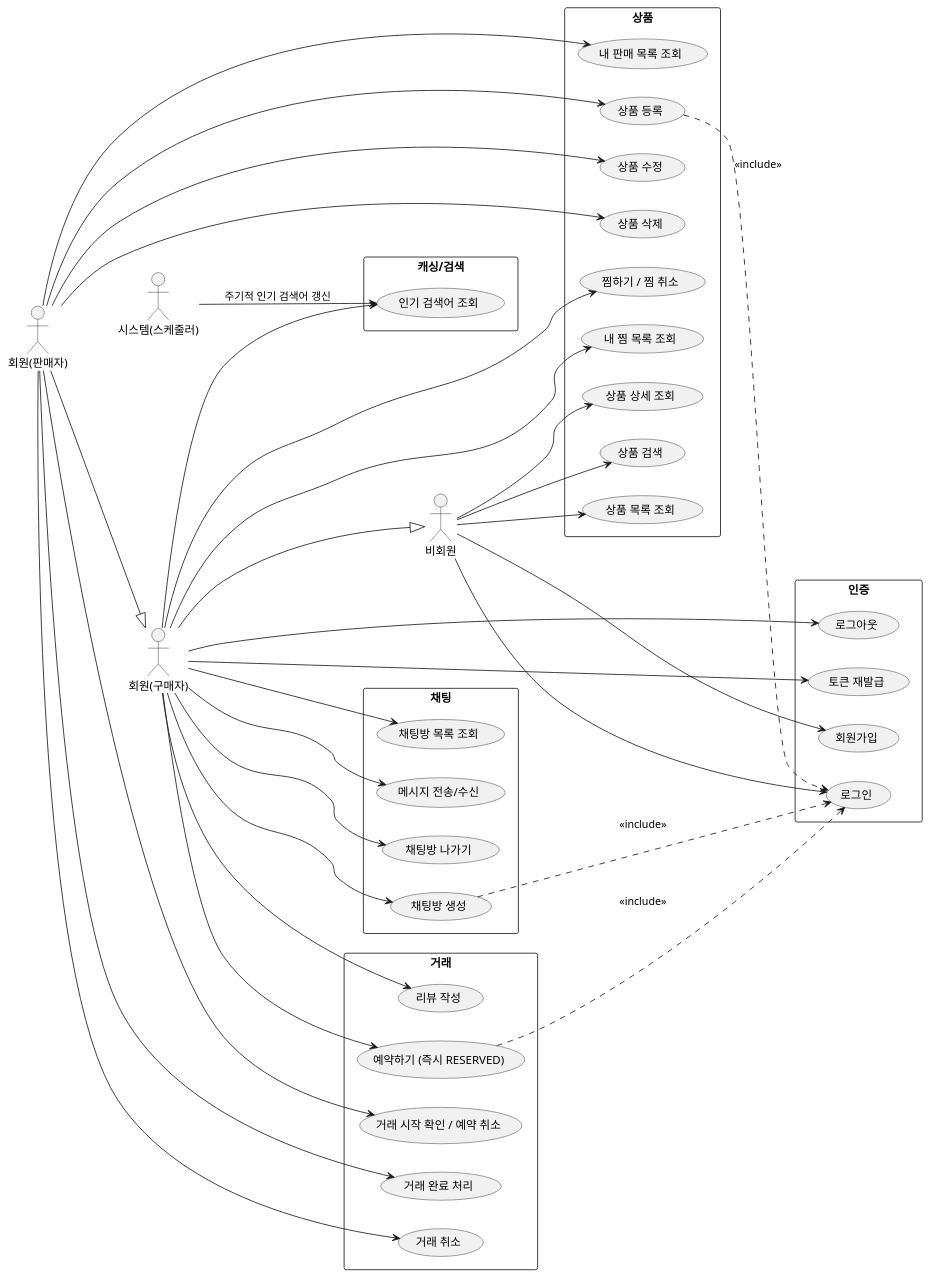
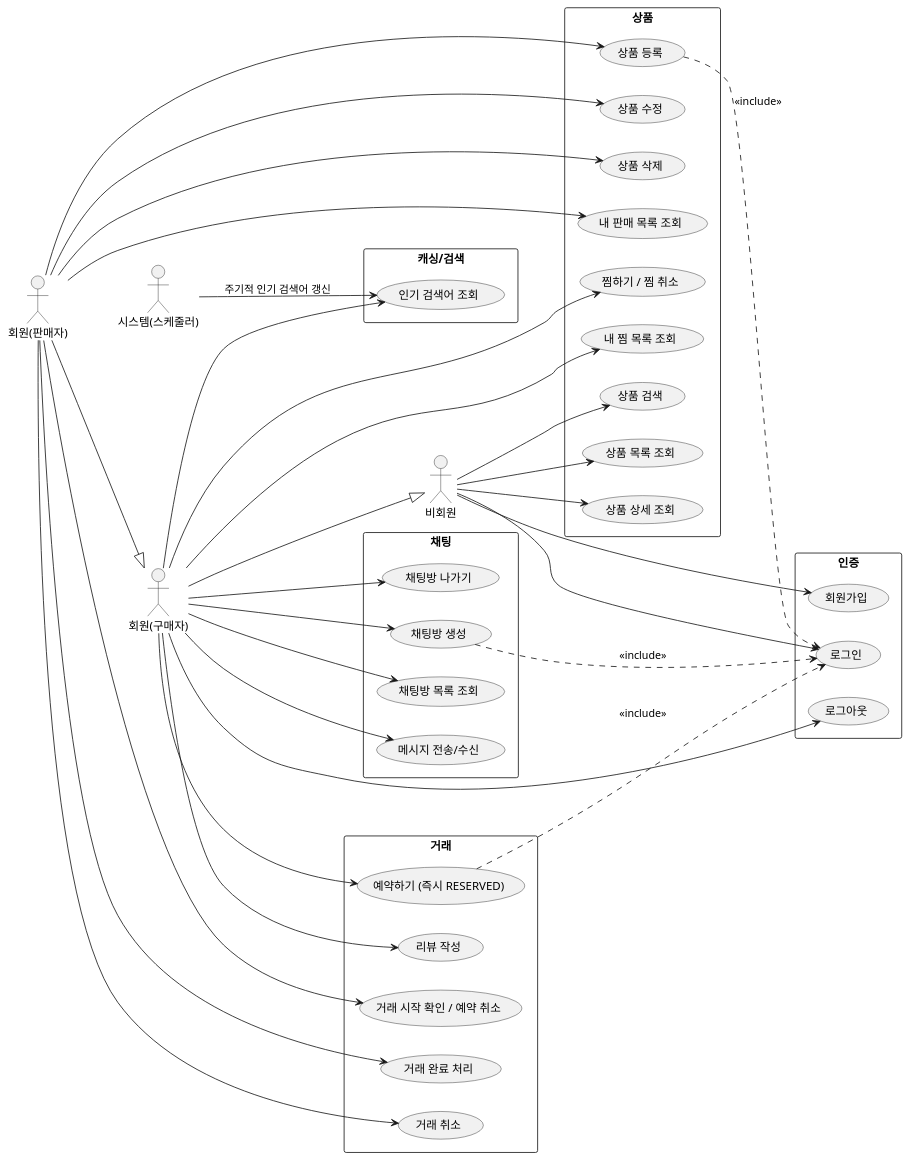
The first of 2 diagrams in v1/03-유스케이스 명세서.md (Team-5th-Chat-prj/docs), drawn with PlantUML before and after one commit. The commit also changed other lines of this file and 7 other files, not shown here.

```diff
--- a/v1/03-유스케이스 명세서.md
+++ b/v1/03-유스케이스 명세서.md
@@ -23,7 +23,6 @@
   usecase "회원가입" as UC01
   usecase "로그인" as UC02
   usecase "로그아웃" as UC03
-  usecase "토큰 재발급" as UC04
 }
 
 rectangle "상품" {
@@ -64,7 +63,6 @@
 Guest --> UC12
 
 Buyer --> UC03
-Buyer --> UC04
 Buyer --> UC16
 Buyer --> UC18
 Buyer --> UC20
```
